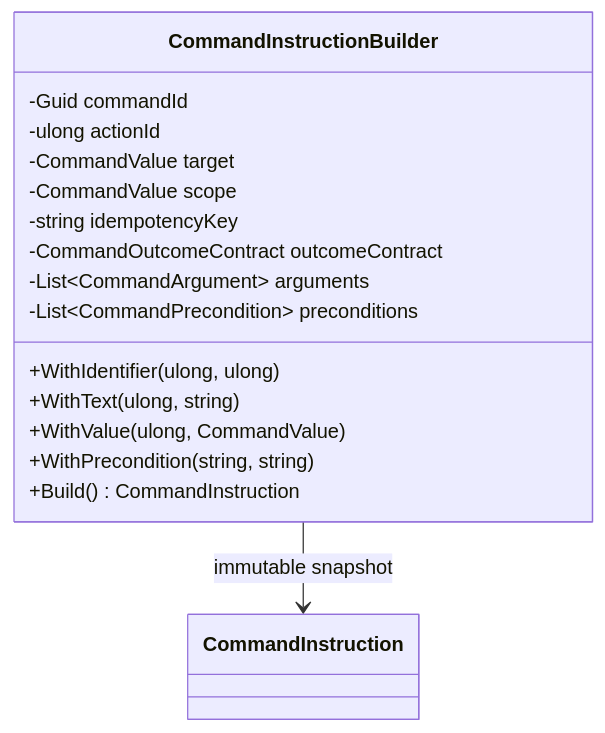
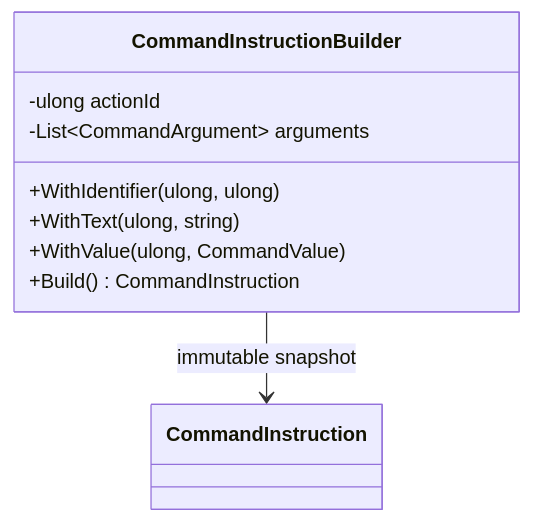
One commit to TrentBest/TheSingularityWorkshop.CommandAi changed the diagram in docs/UML/CommandInstructionBuilderUML.md. Above: the diagram before and after it, drawn with Mermaid. The commit also changed other lines of this file, not shown here.

Commit message:
docs: align UML with CommandAi v1 source

```diff
--- a/docs/UML/CommandInstructionBuilderUML.md
+++ b/docs/UML/CommandInstructionBuilderUML.md
@@ -6,19 +6,12 @@
 ~~~mermaid
 classDiagram
   class CommandInstructionBuilder {
-    -Guid commandId
     -ulong actionId
-    -CommandValue target
-    -CommandValue scope
-    -string idempotencyKey
-    -CommandOutcomeContract outcomeContract
     -List~CommandArgument~ arguments
-    -List~CommandPrecondition~ preconditions
     +WithIdentifier(ulong, ulong)
     +WithText(ulong, string)
     +WithValue(ulong, CommandValue)
-    +WithPrecondition(string, string)
     +Build() CommandInstruction
   }
   CommandInstructionBuilder --> CommandInstruction : immutable snapshot
 ~~~
```
